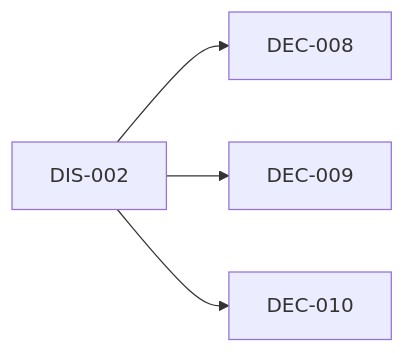
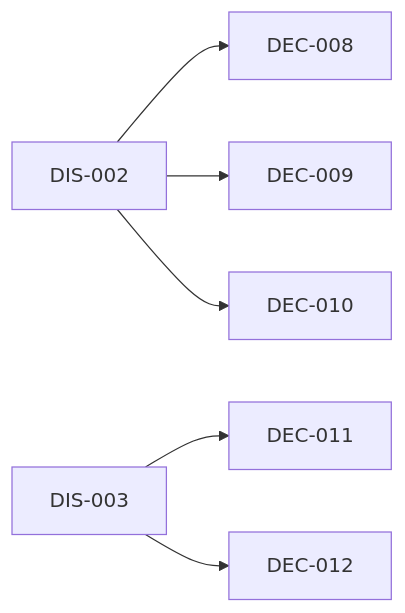
The diagram in INDEX.md (amartis/sonoai_research_notes), drawn with Mermaid before and after one commit. The commit also changed other lines of this file and 3 other files, not shown here.

First line of the commit message:
Add DIS-003 and DEC-011..012: docs vs notes, dataset docs layout

````diff
--- a/INDEX.md
+++ b/INDEX.md
@@ -31,6 +34,8 @@
 ```mermaid
 flowchart LR
   DIS_002[DIS-002] --> DEC_008[DEC-008]
   DIS_002[DIS-002] --> DEC_009[DEC-009]
   DIS_002[DIS-002] --> DEC_010[DEC-010]
+  DIS_003[DIS-003] --> DEC_011[DEC-011]
+  DIS_003[DIS-003] --> DEC_012[DEC-012]
 ```
````
